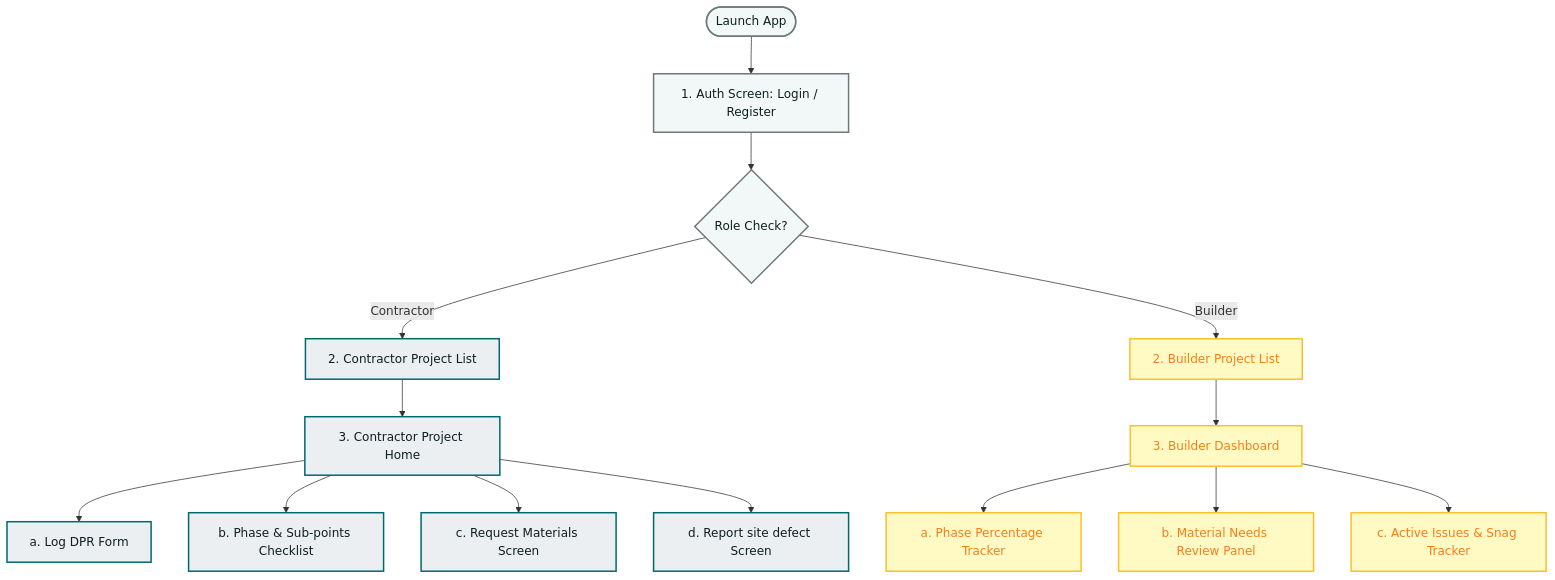
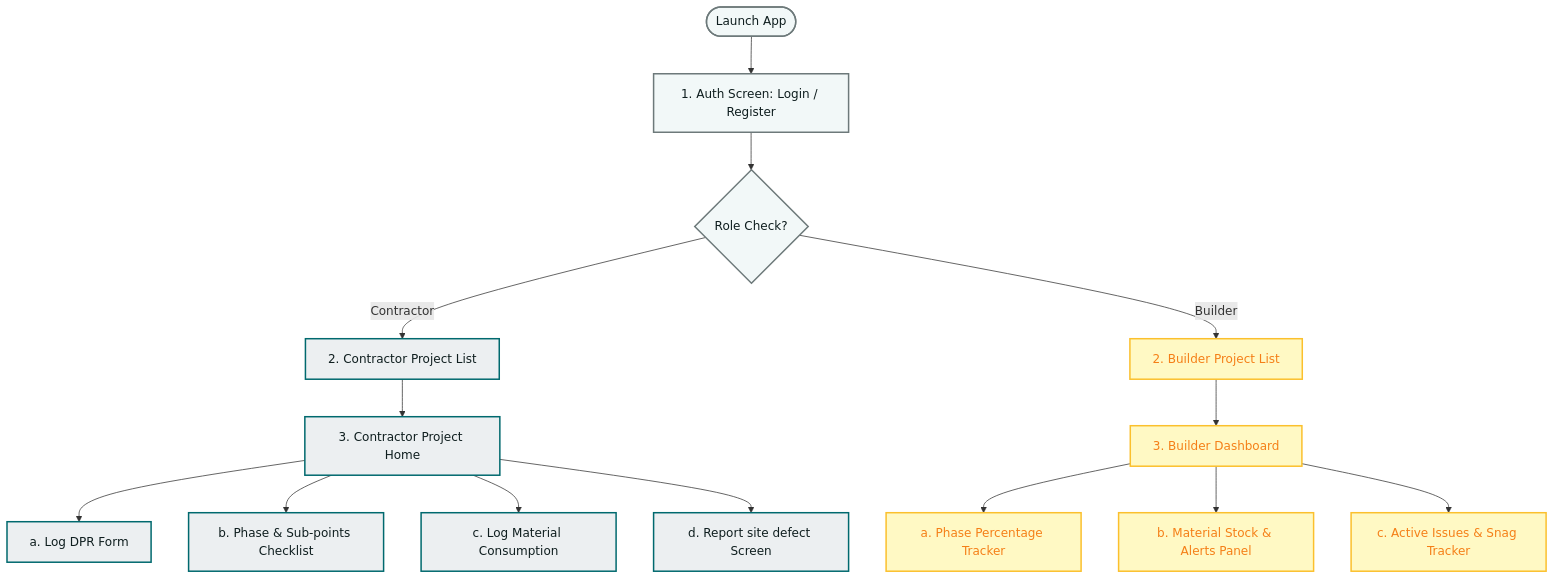
Before and after one commit to DivyaJaviya01/BuildEx_app: the first of 2 diagrams in system_design/07_ui_implementation.md, drawn with Mermaid. The commit also changed other lines of this file and 16 other files, not shown here.

Commit message:
docs: synchronize system design and map page redirection flow

````diff
--- a/system_design/07_ui_implementation.md
+++ b/system_design/07_ui_implementation.md
@@ -11,30 +11,30 @@
 ```mermaid
 flowchart TD
     %% Base Onboarding
     Start([Launch App]) --> AuthScreen[1. Auth Screen: Login / Register]
     AuthScreen --> RoleCheck{Role Check?}
 
     %% Contractor Screens
     RoleCheck -- Contractor --> C_Projects[2. Contractor Project List]
     C_Projects --> C_Home[3. Contractor Project Home]
     C_Home --> C_DPR[a. Log DPR Form]
     C_Home --> C_Phases[b. Phase & Sub-points Checklist]
-    C_Home --> C_Indent[c. Request Materials Screen]
+    C_Home --> C_Material[c. Log Material Consumption]
     C_Home --> C_Issue[d. Report site defect Screen]
 
     %% Builder Screens
     RoleCheck -- Builder --> B_Projects[2. Builder Project List]
     B_Projects --> B_Dash[3. Builder Dashboard]
     B_Dash --> B_Progress[a. Phase Percentage Tracker]
-    B_Dash --> B_MaterialPanel[b. Material Needs Review Panel]
+    B_Dash --> B_StockPanel[b. Material Stock & Alerts Panel]
     B_Dash --> B_IssueTracker[c. Active Issues & Snag Tracker]
 
     %% Custom formatting
     classDef onboarding fill:#F2F8F8,stroke:#6d797a,stroke-width:2px,color:#0f1e1f;
     classDef contractor fill:#eceff1,stroke:#00696e,stroke-width:2px,color:#0f1e1f;
     classDef builder fill:#fff9c4,stroke:#fbc02d,stroke-width:2px,color:#f57f17;
     
     class Start,AuthScreen,RoleCheck onboarding;
-    class C_Projects,C_Home,C_DPR,C_Phases,C_Indent,C_Issue contractor;
-    class B_Projects,B_Dash,B_Progress,B_MaterialPanel,B_IssueTracker builder;
+    class C_Projects,C_Home,C_DPR,C_Phases,C_Material,C_Issue contractor;
+    class B_Projects,B_Dash,B_Progress,B_StockPanel,B_IssueTracker builder;
 ```
````
